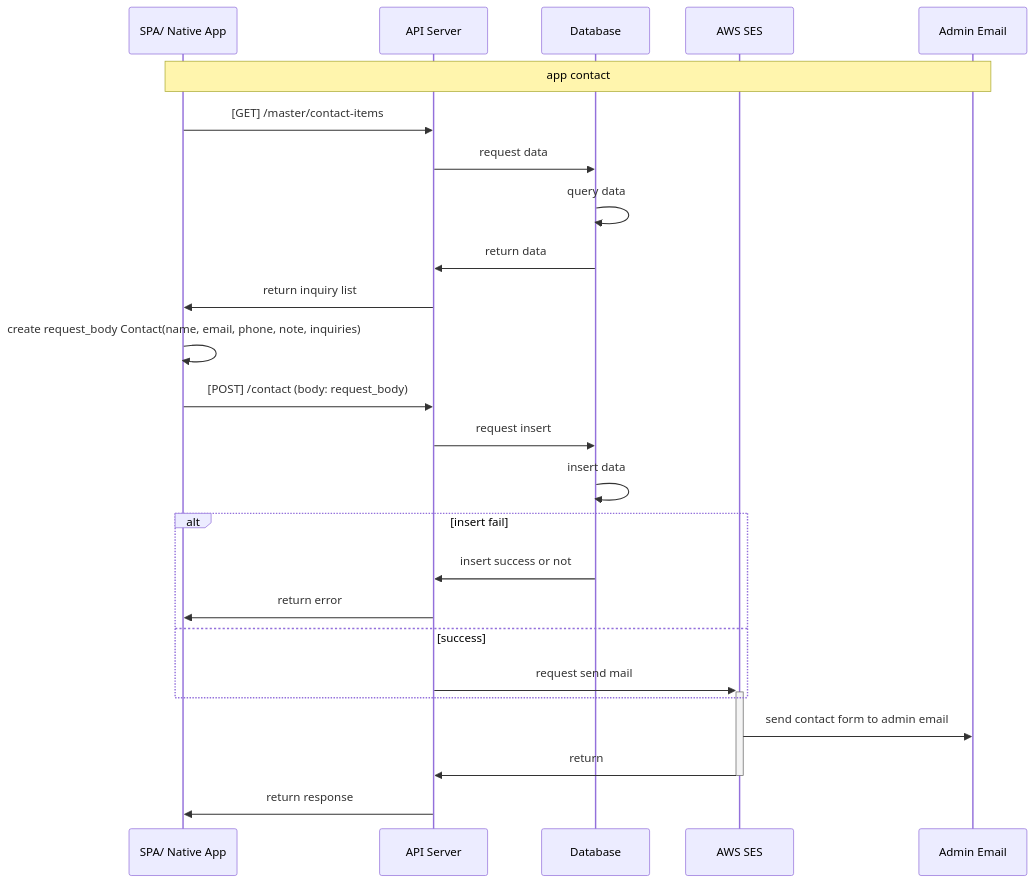
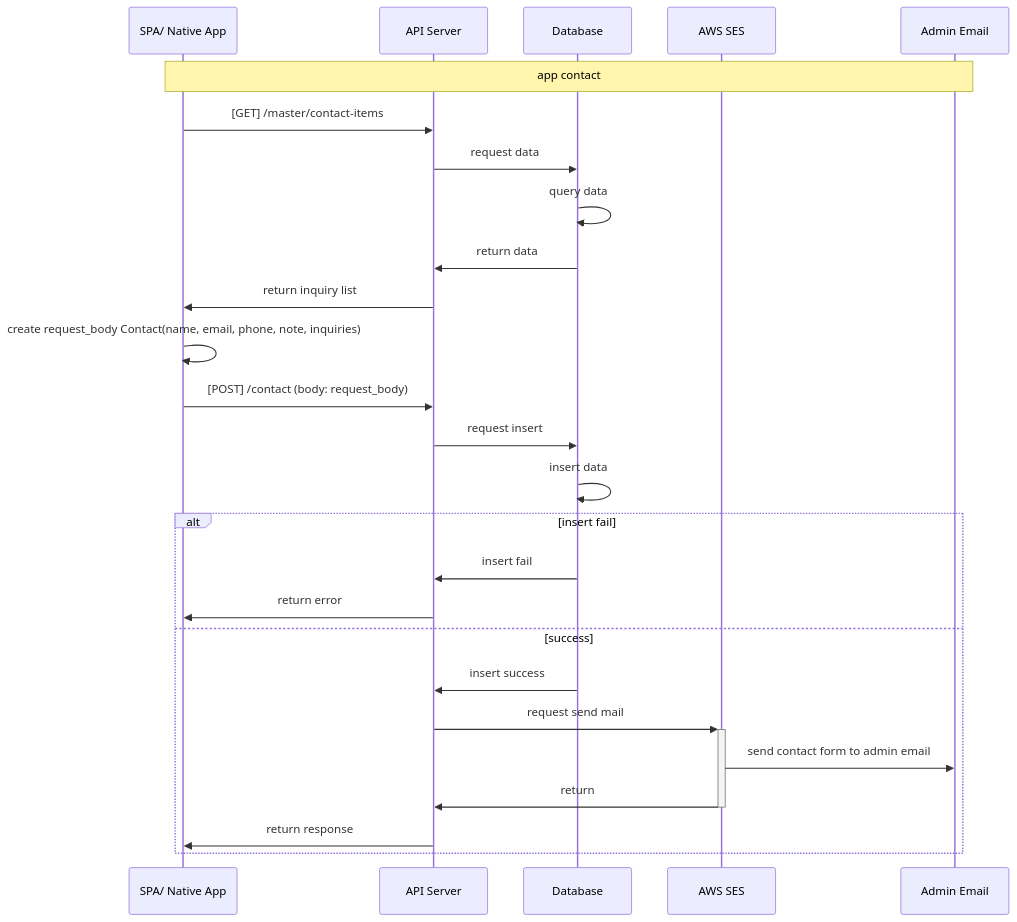
The diagram in app_contact.md (tunglampd/cicd_test), drawn with Mermaid before and after one commit.

````diff
--- a/app_contact.md
+++ b/app_contact.md
@@ -2,33 +2,33 @@
 ```mermaid
 sequenceDiagram    
 
     participant Webapp as SPA/ Native App
     participant Server as API Server 
     participant DB as Database
     participant AS as AWS SES
     participant AE as Admin Email
     
     Note over Webapp, AE: app contact
 
     Webapp->>Server: [GET] /master/contact-items
     Server->>DB: request data
     DB->>DB: query data
     DB->>Server: return data
     Server->>Webapp: return inquiry list
     
     Webapp->>Webapp: create request_body Contact(name, email, phone, note, inquiries)
     Webapp->>Server: [POST] /contact (body: request_body)
     Server->>DB: request insert
     DB->>DB: insert data
     alt insert fail
-    DB->>Server: insert success or not
+    DB->>Server: insert fail
     Server->>Webapp: return error
     else success
-    
+    DB->> Server: insert success
     Server->>+AS: request send mail
-    end
     AS->>AE: send contact form to admin email
     AS->>-Server: return 
     Server->> Webapp: return response
+    end
 
 ```
````
